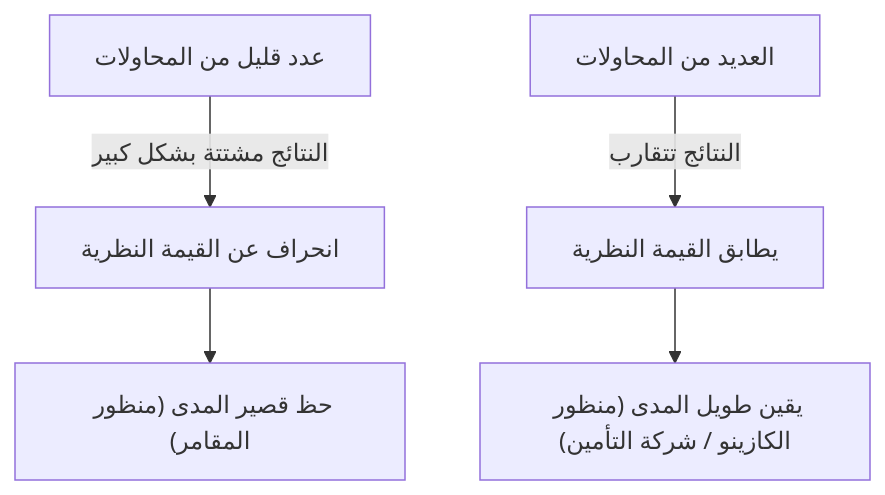
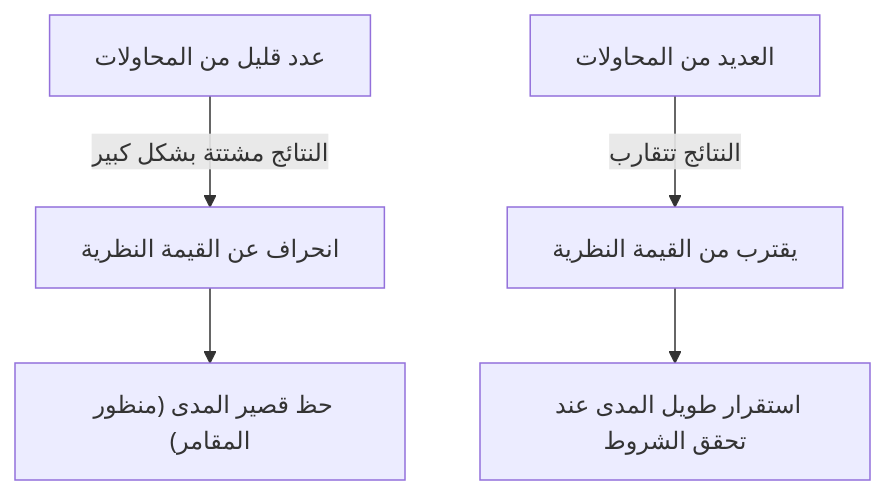
Before and after one commit to kenjinote/blog: the first of 2 diagrams in content/post/law-of-large-numbers/index.ar.md, drawn with Mermaid. The commit also changed other lines of this file and 7 other files, not shown here.

````diff
--- a/content/post/law-of-large-numbers/index.ar.md
+++ b/content/post/law-of-large-numbers/index.ar.md
@@ -30,7 +30,7 @@
 ```mermaid
 graph TD
     A["عدد قليل من المحاولات"] -->|"النتائج مشتتة بشكل كبير"| B["انحراف عن القيمة النظرية"]
-    C["العديد من المحاولات"] -->|"النتائج تتقارب"| D["يطابق القيمة النظرية"]
+    C["العديد من المحاولات"] -->|"النتائج تتقارب"| D["يقترب من القيمة النظرية"]
     B --> E["حظ قصير المدى (منظور المقامر)"]
-    D --> F["يقين طويل المدى (منظور الكازينو / شركة التأمين)"]
+    D --> F["استقرار طويل المدى عند تحقق الشروط"]
 ```
````
